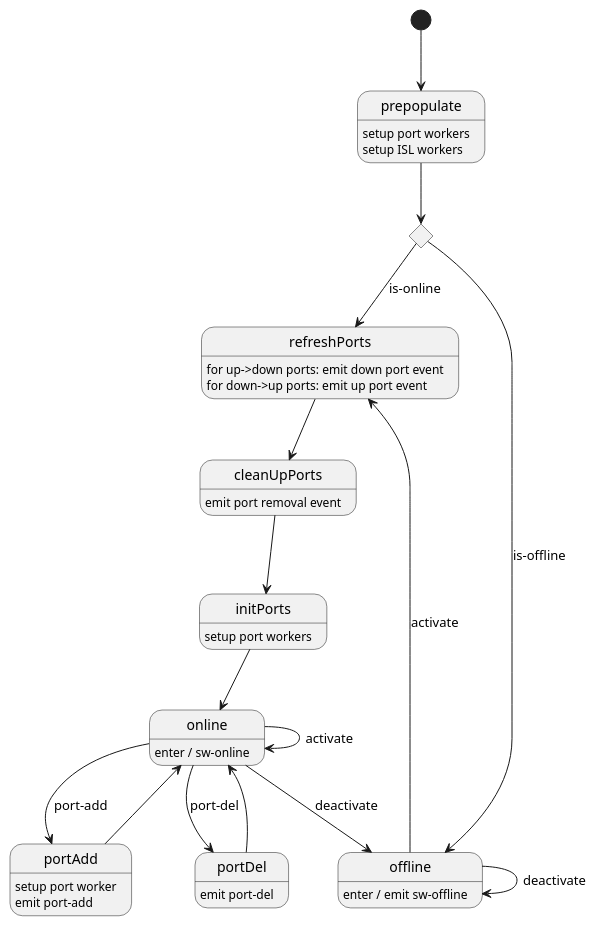
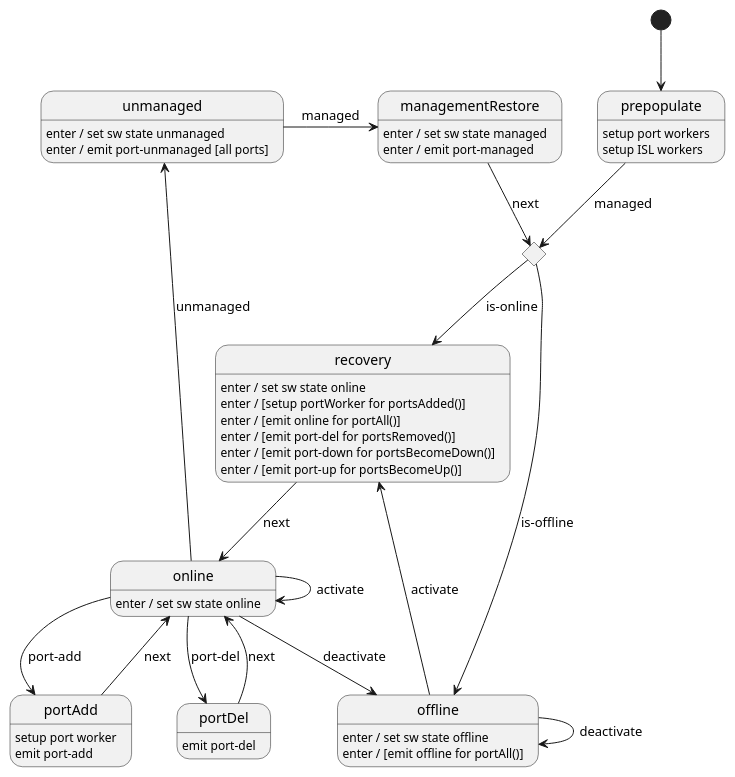
One commit to telstra/open-kilda changed the diagram in docs/design/network-discovery/switch-FSM.puml. Above: the diagram before and after it, drawn with PlantUML. The commit also changed 6 other files, not shown here.

```diff
--- a/docs/design/network-discovery/switch-FSM.puml
+++ b/docs/design/network-discovery/switch-FSM.puml
@@ -1,40 +1,48 @@
 @startuml
 [*] --> prepopulate
 
 state switchSync <<choice>>
 
 prepopulate : setup port workers
 prepopulate : setup ISL workers
-prepopulate --> switchSync
+prepopulate --> switchSync : managed
 
-switchSync --> refreshPorts : is-online
+switchSync --> recovery : is-online
 switchSync --> offline : is-offline
 
-refreshPorts : for up->down ports: emit down port event
-refreshPorts : for down->up ports: emit up port event
-refreshPorts --> cleanUpPorts
+recovery : enter / set sw state online
+recovery : enter / [setup portWorker for portsAdded()]
+recovery : enter / [emit online for portAll()]
+recovery : enter / [emit port-del for portsRemoved()]
+recovery : enter / [emit port-down for portsBecomeDown()]
+recovery : enter / [emit port-up for portsBecomeUp()]
+recovery --> online : next
 
-cleanUpPorts : emit port removal event
-cleanUpPorts --> initPorts
-
-initPorts : setup port workers
-initPorts --> online
-
-online : enter / sw-online
+online : enter / set sw state online
 online --> online : activate
 online --> offline : deactivate
 online --> portAdd : port-add
 online --> portDel : port-del
+online -u-> unmanaged : unmanaged
 
 portAdd : setup port worker
 portAdd : emit port-add
-portAdd --> online
+portAdd --> online : next
 
 portDel : emit port-del
-portDel --> online
+portDel --> online : next
 
-offline : enter / emit sw-offline
-offline --> refreshPorts : activate
+offline : enter / set sw state offline
+offline : enter / [emit offline for portAll()]
+offline --> recovery : activate
 offline --> offline : deactivate
 
+unmanaged : enter / set sw state unmanaged
+unmanaged : enter / emit port-unmanaged [all ports]
+unmanaged -r-> managementRestore : managed
+
+managementRestore : enter / set sw state managed
+managementRestore : enter / emit port-managed
+managementRestore --> switchSync : next
+
 @enduml
```
